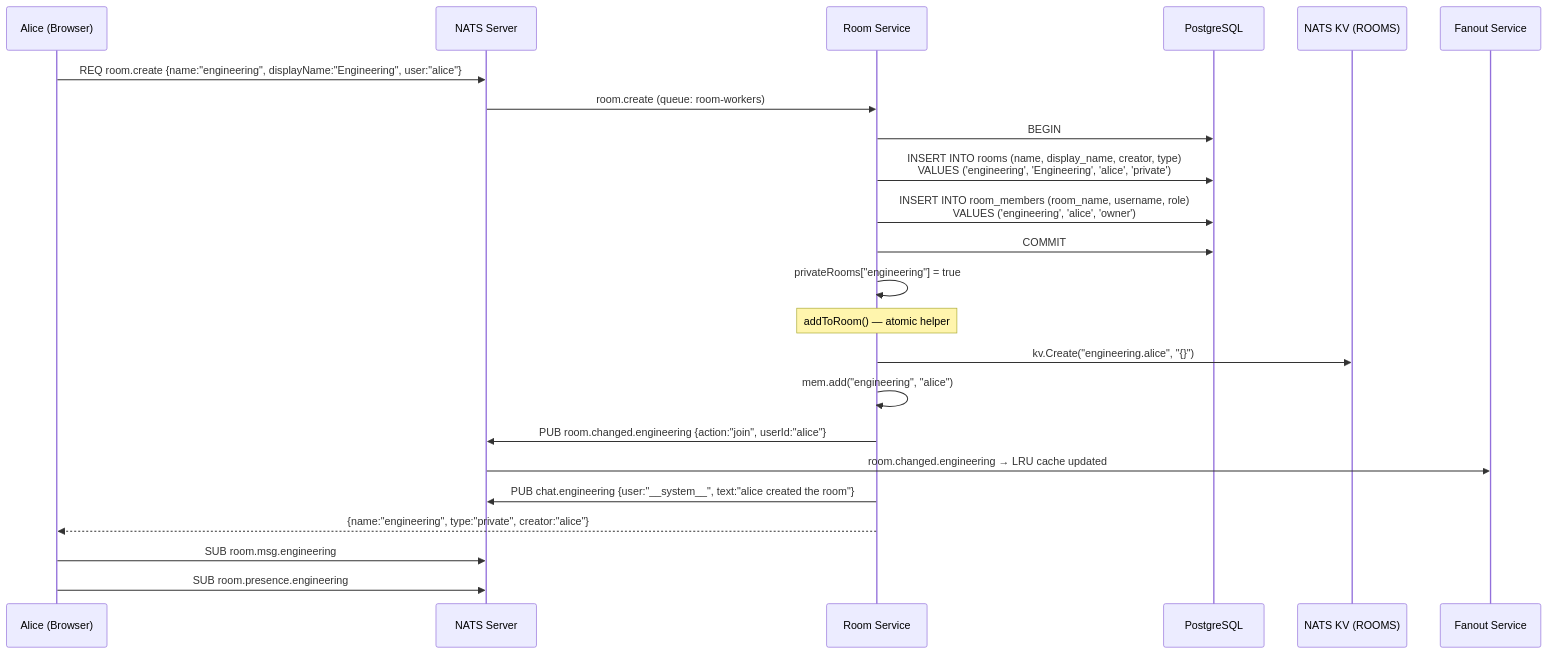
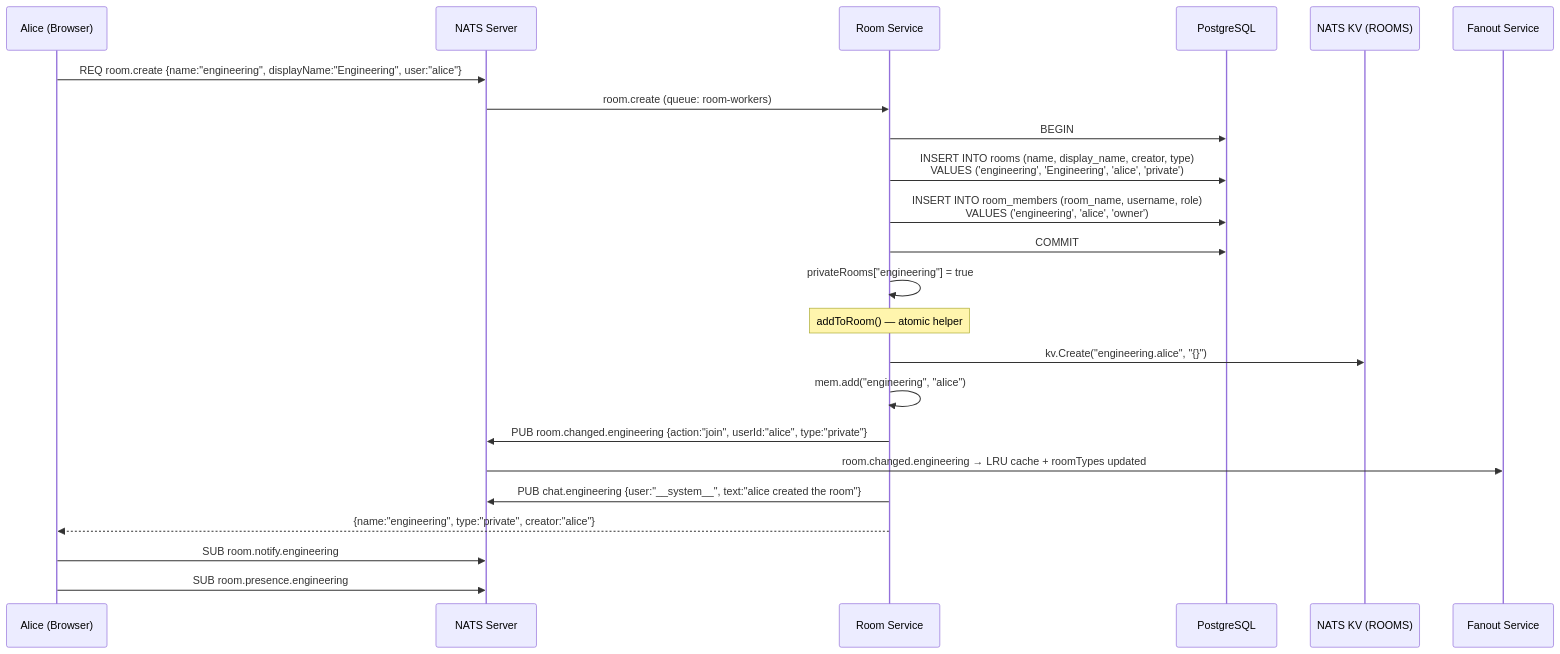
One commit to julianshen/nats-chat-keycloak changed diagram 15 of 16 in docs/plans/2026-02-25-room-subscription-design.md. Above: the diagram before and after it, drawn with Mermaid. The commit also changed other lines of this file, not shown here.

First line of the commit message:
docs: rewrite room subscription design for two-stream architecture

````diff
--- a/docs/plans/2026-02-25-room-subscription-design.md
+++ b/docs/plans/2026-02-25-room-subscription-design.md
@@ -489,33 +549,33 @@
 ```mermaid
 sequenceDiagram
     participant Alice as Alice (Browser)
     participant NATS as NATS Server
     participant RoomSvc as Room Service
     participant DB as PostgreSQL
     participant KV as NATS KV (ROOMS)
     participant Fanout as Fanout Service
 
     Alice->>NATS: REQ room.create {name:"engineering", displayName:"Engineering", user:"alice"}
     NATS->>RoomSvc: room.create (queue: room-workers)
 
     RoomSvc->>DB: BEGIN
     RoomSvc->>DB: INSERT INTO rooms (name, display_name, creator, type)<br/>VALUES ('engineering', 'Engineering', 'alice', 'private')
     RoomSvc->>DB: INSERT INTO room_members (room_name, username, role)<br/>VALUES ('engineering', 'alice', 'owner')
     RoomSvc->>DB: COMMIT
 
     RoomSvc->>RoomSvc: privateRooms["engineering"] = true
 
     Note over RoomSvc: addToRoom() — atomic helper
 
     RoomSvc->>KV: kv.Create("engineering.alice", "{}")
     RoomSvc->>RoomSvc: mem.add("engineering", "alice")
-    RoomSvc->>NATS: PUB room.changed.engineering {action:"join", userId:"alice"}
+    RoomSvc->>NATS: PUB room.changed.engineering {action:"join", userId:"alice", type:"private"}
 
-    NATS->>Fanout: room.changed.engineering → LRU cache updated
+    NATS->>Fanout: room.changed.engineering → LRU cache + roomTypes updated
 
     RoomSvc->>NATS: PUB chat.engineering {user:"__system__", text:"alice created the room"}
     RoomSvc-->>Alice: {name:"engineering", type:"private", creator:"alice"}
 
-    Alice->>NATS: SUB room.msg.engineering
+    Alice->>NATS: SUB room.notify.engineering
     Alice->>NATS: SUB room.presence.engineering
 ```
````
